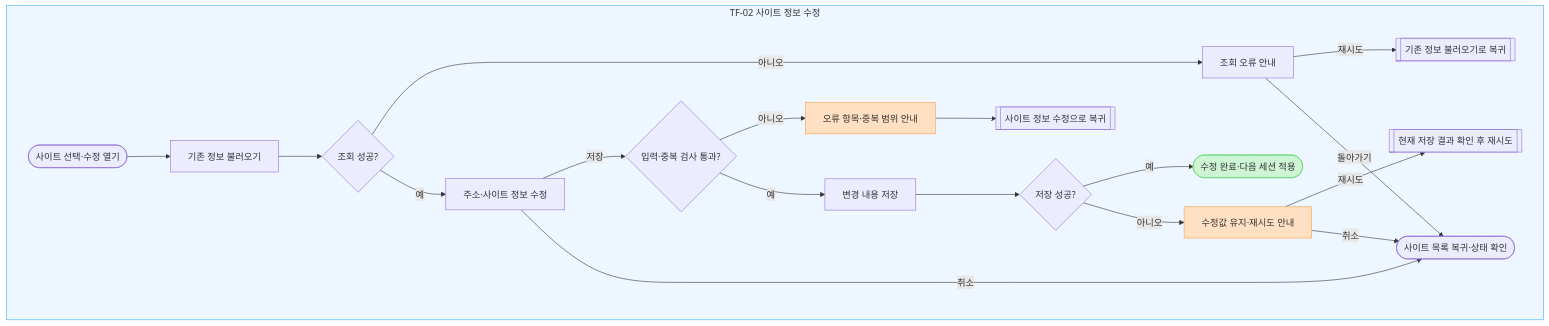
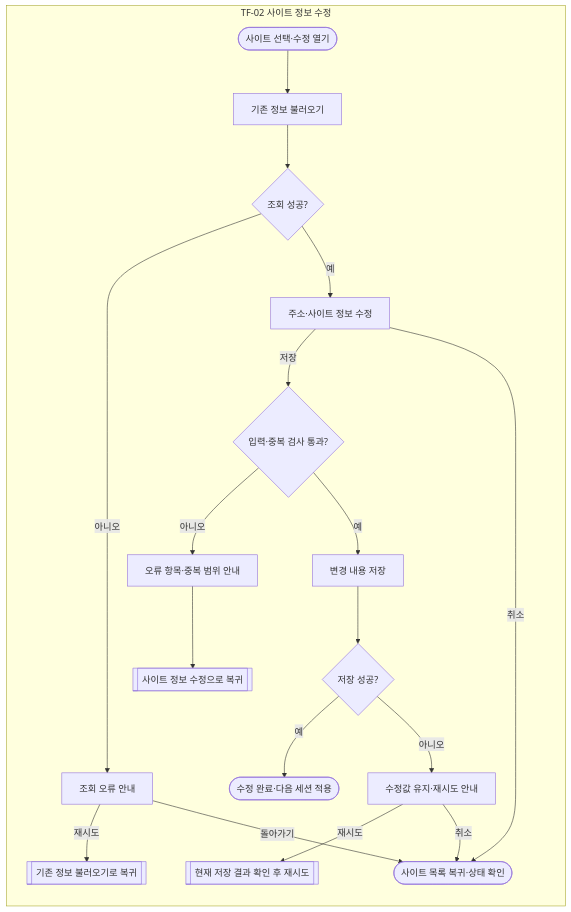
One commit to kdu-sw-capstone/capstone-project changed the second of 13 diagrams in docs/design/01_UX_기능설계/FOCURVE_Task_Flow_v1.0.md. Above: the diagram before and after it, drawn with Mermaid. The commit also changed other lines of this file and 34 other files, not shown here.

````diff
--- a/docs/design/01_UX_기능설계/FOCURVE_Task_Flow_v1.0.md
+++ b/docs/design/01_UX_기능설계/FOCURVE_Task_Flow_v1.0.md
@@ -118,40 +115,37 @@
 ```mermaid
 flowchart TB
 subgraph taskTwo["TF-02 사이트 정보 수정"]
+    direction TB
 editOpen(["사이트 선택·수정 열기"])
 editLoad["기존 정보 불러오기"]
 editLoaded{"조회 성공?"}
 editLoadError["조회 오류 안내"]
 editInput["주소·사이트 정보 수정"]
 editCheck{"입력·중복 검사 통과?"}
 editInvalid["오류 항목·중복 범위 안내"]
 editSave["변경 내용 저장"]
 editSaved{"저장 성공?"}
 editError["수정값 유지·재시도 안내"]
 editDone(["수정 완료·다음 세션 적용"])
 editCancel(["사이트 목록 복귀·상태 확인"])
 editOpen --> editLoad
 editLoad --> editLoaded
 editLoaded -->|"아니오"| editLoadError
 editLoadError -->|"재시도"| editRetryLoad
 editLoadError -->|"돌아가기"| editCancel
 editLoaded -->|"예"| editInput
 editInput -->|"저장"| editCheck
 editInput -->|"취소"| editCancel
 editCheck -->|"아니오"| editInvalid
 editInvalid --> editRetryInput
 editCheck -->|"예"| editSave
 editSave --> editSaved
 editSaved -->|"예"| editDone
 editSaved -->|"아니오"| editError
 editError -->|"재시도"| editRetrySave
 editError -->|"취소"| editCancel
 editRetryLoad[["기존 정보 불러오기로 복귀"]]
 editRetryInput[["사이트 정보 수정으로 복귀"]]
 editRetrySave[["현재 저장 결과 확인 후 재시도"]]
 end
-style taskTwo fill:#EEF6FF,stroke:#3DADFF
-style editInvalid fill:#FFE0C2,stroke:#FF9E42
-style editError fill:#FFE0C2,stroke:#FF9E42
-style editDone fill:#CDF4D3,stroke:#66D575
 ```
````
